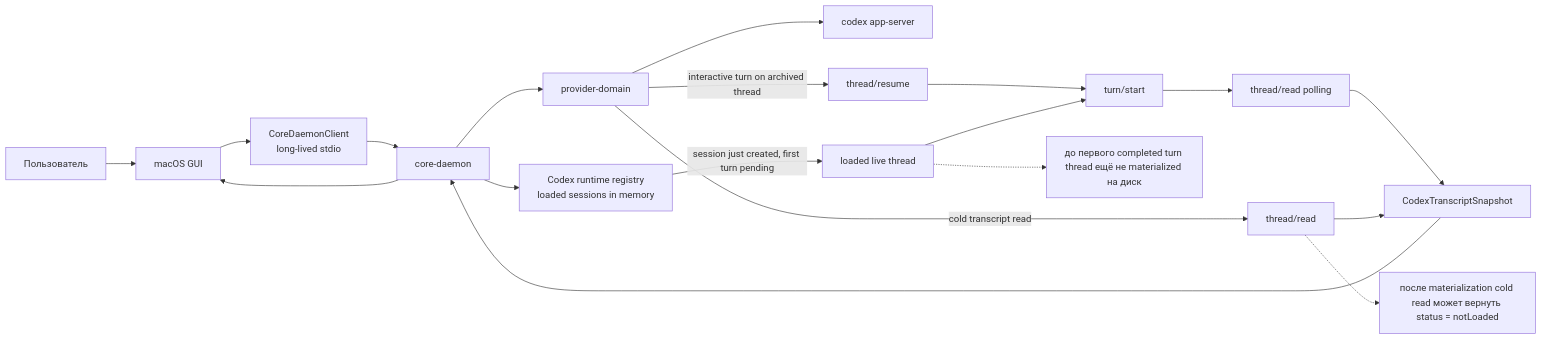
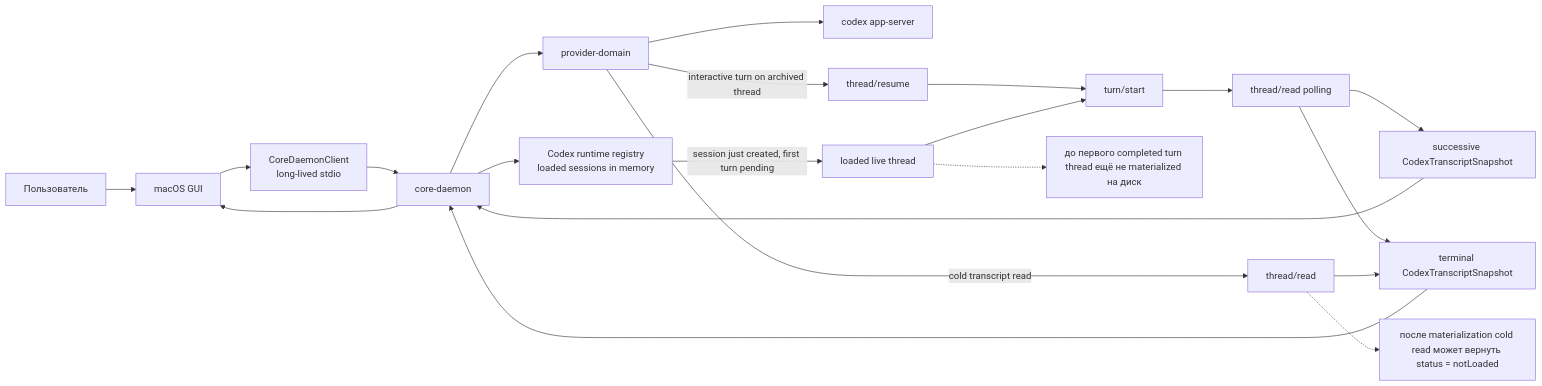
One commit to AmirTlinov/OpenSlop changed the diagram in plans/slices/S04-transcript-approval-pty/diagrams/flow.mmd. Above: the diagram before and after it, drawn with Mermaid. The commit also changed 18 other files, not shown here.

Commit message:
feat(s04): stream live transcript snapshots

```diff
--- a/plans/slices/S04-transcript-approval-pty/diagrams/flow.mmd
+++ b/plans/slices/S04-transcript-approval-pty/diagrams/flow.mmd
@@ -1,24 +1,26 @@
 flowchart LR
     User["Пользователь"] --> GUI["macOS GUI"]
     GUI --> Transport["CoreDaemonClient\nlong-lived stdio"]
     Transport --> Daemon["core-daemon"]
     Daemon --> Registry["Codex runtime registry\nloaded sessions in memory"]
     Daemon --> Provider["provider-domain"]
     Provider --> AppServer["codex app-server"]
 
     Registry -->|session just created, first turn pending| LiveThread["loaded live thread"]
     Provider -->|cold transcript read| ArchiveRead["thread/read"]
     Provider -->|interactive turn on archived thread| Resume["thread/resume"]
     Resume --> TurnStart["turn/start"]
     LiveThread --> TurnStart
     TurnStart --> Poll["thread/read polling"]
-    Poll --> Snapshot["CodexTranscriptSnapshot"]
-    ArchiveRead --> Snapshot
-    Snapshot --> Daemon
+    Poll --> Stream["successive CodexTranscriptSnapshot"]
+    Poll --> Final["terminal CodexTranscriptSnapshot"]
+    ArchiveRead --> Final
+    Stream --> Daemon
+    Final --> Daemon
     Daemon --> GUI
 
     Note1["до первого completed turn thread ещё не materialized на диск"]
     Note2["после materialization cold read может вернуть status = notLoaded"]
 
     LiveThread -.-> Note1
     ArchiveRead -.-> Note2
```
